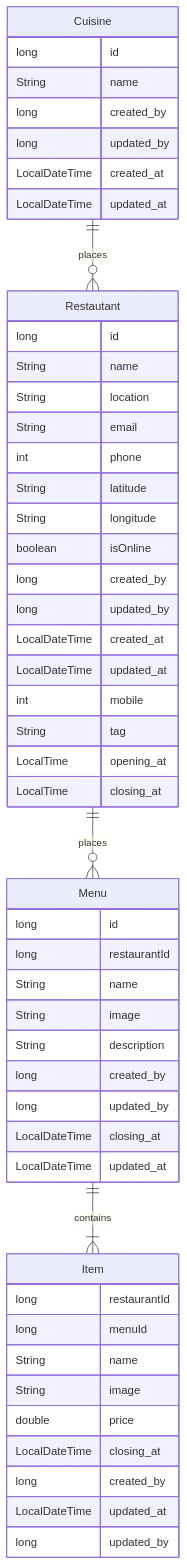
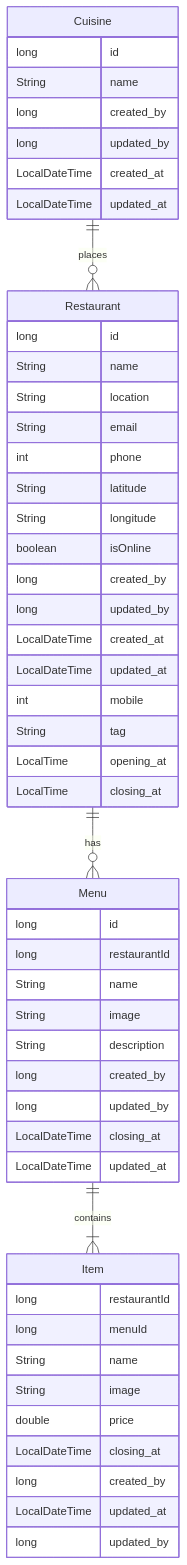
The diagram in doc/entity relationship diagram (ERD)/entity relationship diagram (ERD).md (abdoalshaibi/G4TBRestaurantService), drawn with Mermaid before and after one commit.

Commit message:
solve conflict

````diff
--- a/doc/entity relationship diagram (ERD)/entity relationship diagram (ERD).md
+++ b/doc/entity relationship diagram (ERD)/entity relationship diagram (ERD).md
@@ -1,55 +1,55 @@
 ```mermaid
 erDiagram
- Cuisine ||--o{ Restautant : places 
+ Cuisine ||--o{ Restaurant : places 
     Cuisine {
         long id
         String name
         long created_by
         long updated_by
         LocalDateTime created_at 
         LocalDateTime updated_at
     }
     
-    Restautant ||--o{ Menu : places 
-    Restautant {
+    Restaurant ||--o{ Menu : has 
+    Restaurant {
         long id
         String name
         String location
         String email
         int phone
         String latitude
         String longitude
         boolean isOnline
         long created_by
         long updated_by
         LocalDateTime created_at 
         LocalDateTime updated_at
         int mobile
         String tag
         LocalTime opening_at
         LocalTime closing_at
     }
     Menu ||--|{ Item : contains
     Menu {
      long id
      long restaurantId
      String name
      String image
      String description
      long created_by
      long updated_by
      LocalDateTime closing_at 
      LocalDateTime updated_at
     }
     Item {
      long restaurantId
      long menuId
      String name
      String image
      double price
      LocalDateTime closing_at
      long created_by
      LocalDateTime updated_at
      long updated_by
     }
 ```
````
